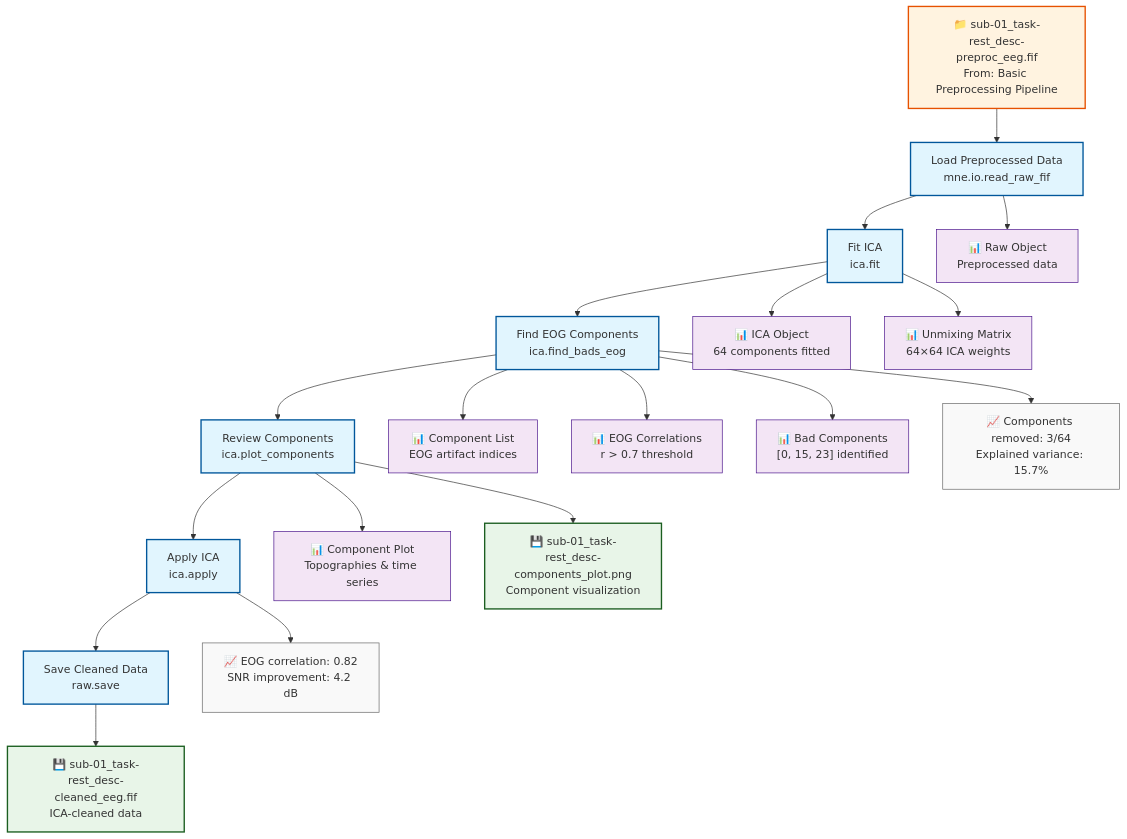
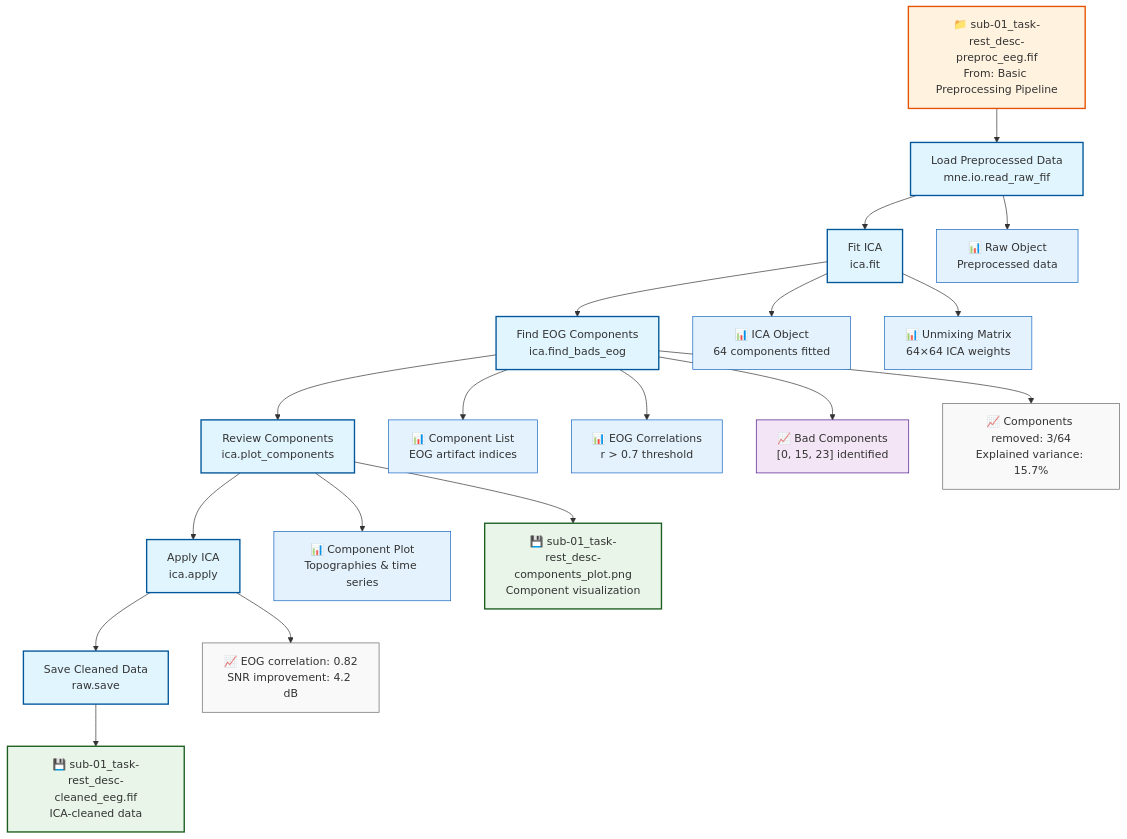
The diagram in docs/examples/ica_decomposition_mne.md (signalJourney/signalJourney), drawn with Mermaid before and after one commit. The commit also changed 9 other files, not shown here.

First line of the commit message:
docs: fix inline vs inmemory data distinction in mermaid diagrams

````diff
--- a/docs/examples/ica_decomposition_mne.md
+++ b/docs/examples/ica_decomposition_mne.md
@@ -17,43 +17,45 @@
 ```mermaid
 flowchart TD
     A[Load Preprocessed Data<br/>mne.io.read_raw_fif] --> B[Fit ICA<br/>ica.fit]
     B --> C[Find EOG Components<br/>ica.find_bads_eog]
     C --> D[Review Components<br/>ica.plot_components]
     D --> E[Apply ICA<br/>ica.apply]
     E --> F[Save Cleaned Data<br/>raw.save]
     
     %% Input from basic preprocessing
     G["📁 sub-01_task-rest_desc-preproc_eeg.fif<br/>From: Basic Preprocessing Pipeline"] --> A
     
     %% Intermediate outputs
     A --> A1["📊 Raw Object<br/>Preprocessed data"]
     B --> B1["📊 ICA Object<br/>64 components fitted"]
     C --> C1["📊 Component List<br/>EOG artifact indices"]
     D --> D1["📊 Component Plot<br/>Topographies & time series"]
     
     %% Analysis data
     B --> V1["📊 Unmixing Matrix<br/>64×64 ICA weights"]
     C --> V2["📊 EOG Correlations<br/>r > 0.7 threshold"]
-    C --> V3["📊 Bad Components<br/>[0, 15, 23] identified"]
+    C --> V3["📈 Bad Components<br/>[0, 15, 23] identified"]
     
     %% Final outputs
     F --> H["💾 sub-01_task-rest_desc-cleaned_eeg.fif<br/>ICA-cleaned data"]
     D --> I["💾 sub-01_task-rest_desc-components_plot.png<br/>Component visualization"]
     
     %% Quality metrics
     C --> Q1["📈 Components removed: 3/64<br/>Explained variance: 15.7%"]
     E --> Q2["📈 EOG correlation: 0.82<br/>SNR improvement: 4.2 dB"]
 
     %% Styling
     classDef processStep fill:#e1f5fe,stroke:#01579b,stroke-width:2px
     classDef inputFile fill:#fff3e0,stroke:#e65100,stroke-width:2px
     classDef outputFile fill:#e8f5e8,stroke:#1b5e20,stroke-width:2px
+    classDef inMemoryData fill:#e3f2fd,stroke:#1565c0,stroke-width:1px
     classDef inlineData fill:#f3e5f5,stroke:#4a148c,stroke-width:1px
     classDef qualityMetric fill:#f9f9f9,stroke:#666,stroke-width:1px
 
     class A,B,C,D,E,F processStep
     class G inputFile
     class H,I outputFile
-    class A1,B1,C1,D1,V1,V2,V3 inlineData
+    class A1,B1,C1,D1,V1,V2 inMemoryData
+    class V3 inlineData
     class Q1,Q2 qualityMetric
 ```
````
